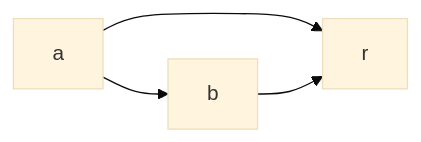
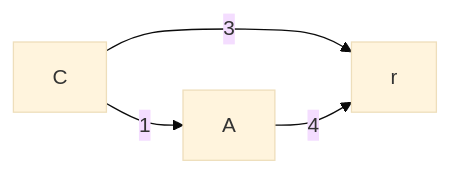
Before and after one commit to jamiemmt/jamiemmt.github.io: the diagram in teaching/s18-6550/_posts/2018-01-27-arborescences.markdown, drawn with Mermaid (base theme). The commit also changed other lines of this file, not shown here.

```diff
--- a/teaching/s18-6550/_posts/2018-01-27-arborescences.markdown
+++ b/teaching/s18-6550/_posts/2018-01-27-arborescences.markdown
@@ -66,6 +66,7 @@
 <div class="mermaid">
 graph LR
-      a --> r
-      b-->r
-      a-->b;
+r
+C --3-->r
+C --1-->A
+A -- 4 --> r
 </div>
```
